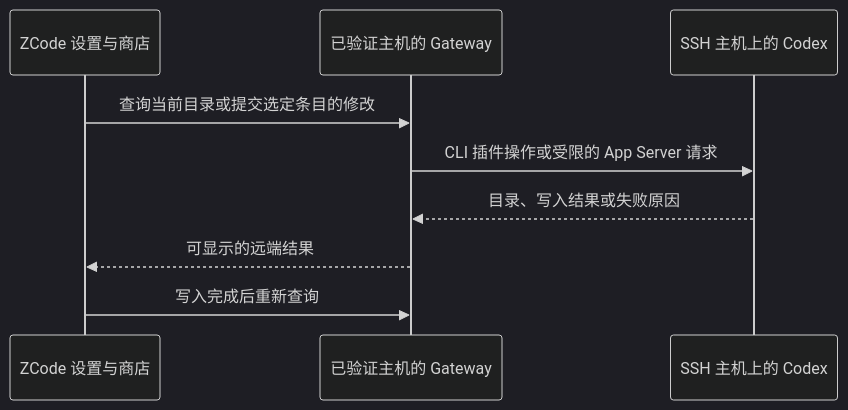
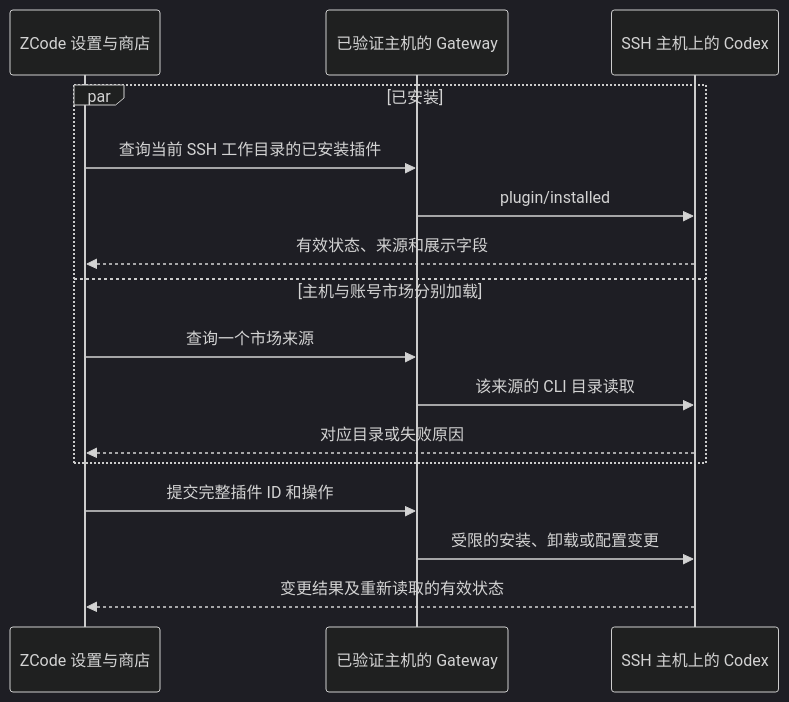
One commit to LiangLiang723/codex-web changed the fifth of 13 diagrams in specs/selfhost-codex/README.md. Above: the diagram before and after it, drawn with Mermaid (dark theme). The commit also changed other lines of this file and 74 other files, not shown here.

````diff
--- a/specs/selfhost-codex/README.md
+++ b/specs/selfhost-codex/README.md
@@ -126,11 +166,18 @@
 ```mermaid
 sequenceDiagram
     participant W as ZCode 设置与商店
     participant G as 已验证主机的 Gateway
     participant C as SSH 主机上的 Codex
-    W->>G: 查询当前目录或提交选定条目的修改
-    G->>C: CLI 插件操作或受限的 App Server 请求
-    C-->>G: 目录、写入结果或失败原因
-    G-->>W: 可显示的远端结果
-    W->>G: 写入完成后重新查询
+    par 已安装
+        W->>G: 查询当前 SSH 工作目录的已安装插件
+        G->>C: plugin/installed
+        C-->>W: 有效状态、来源和展示字段
+    and 主机与账号市场分别加载
+        W->>G: 查询一个市场来源
+        G->>C: 该来源的 CLI 目录读取
+        C-->>W: 对应目录或失败原因
+    end
+    W->>G: 提交完整插件 ID 和操作
+    G->>C: 受限的安装、卸载或配置变更
+    C-->>W: 变更结果及重新读取的有效状态
 ```
````
